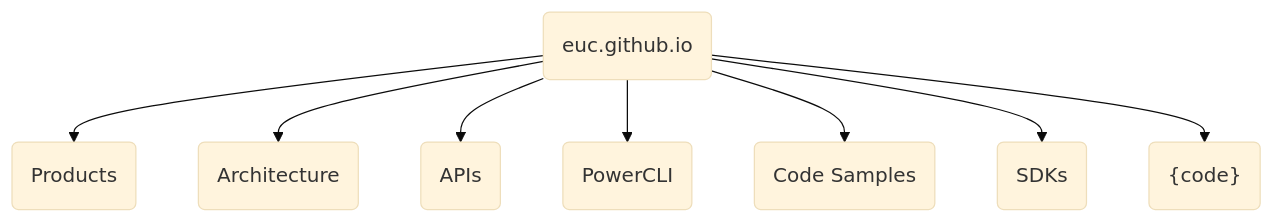
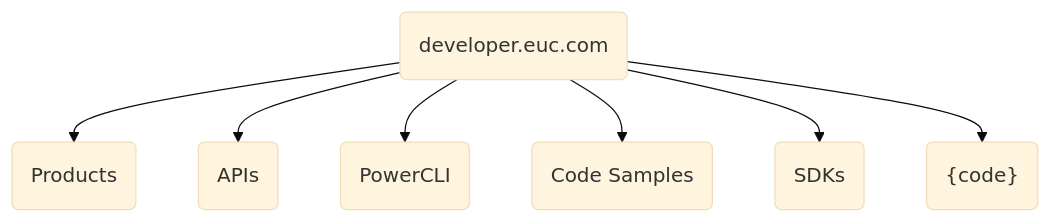
Before and after one commit to rcroft-work/EUCDigitalWorkspace.github.io: the second of 15 diagrams in docs/about/index.md, drawn with Mermaid (base theme). The commit also changed other lines of this file and 5 other files, not shown here.

````diff
--- a/docs/about/index.md
+++ b/docs/about/index.md
@@ -14,11 +81,10 @@
 ```mermaid
 graph TD
-    A(euc.github.io)
+    A(developer.euc.com)
     A --> B(Products)
-    A --> C(Architecture)
     A --> D(APIs)
     A --> E(PowerCLI)
     A --> F(Code Samples)
     A --> G(SDKs)
     A --> H("{code}")
 ```
````
